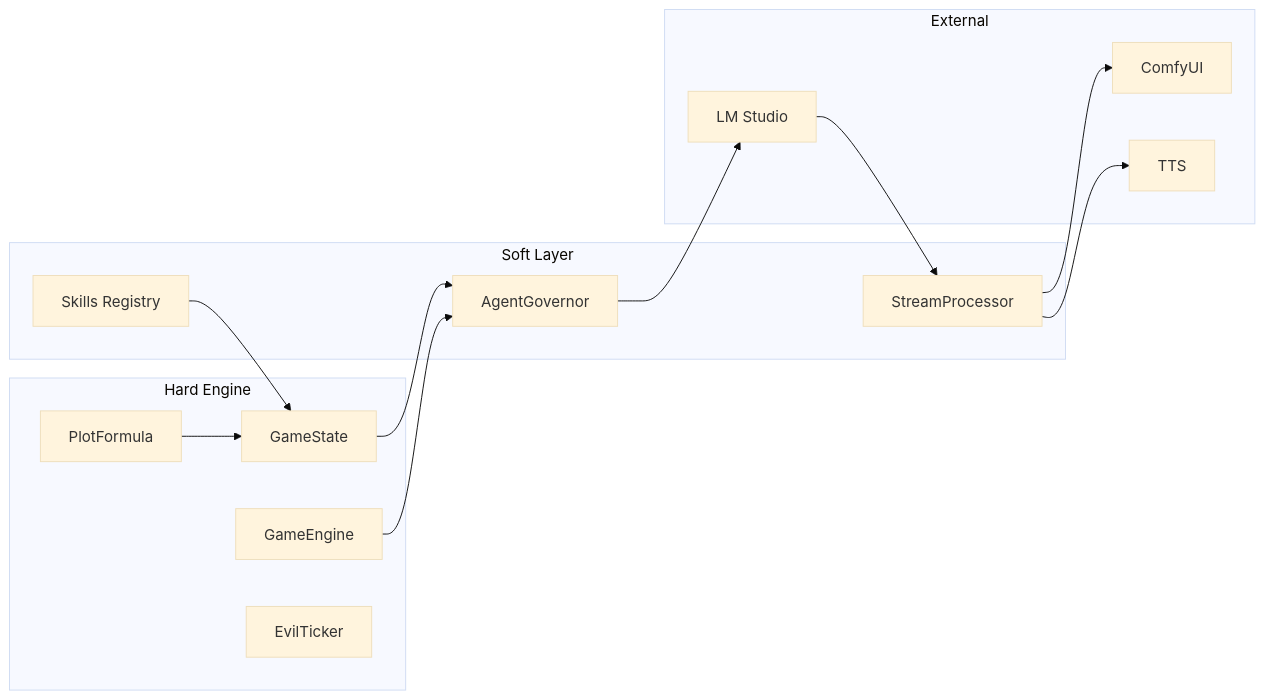
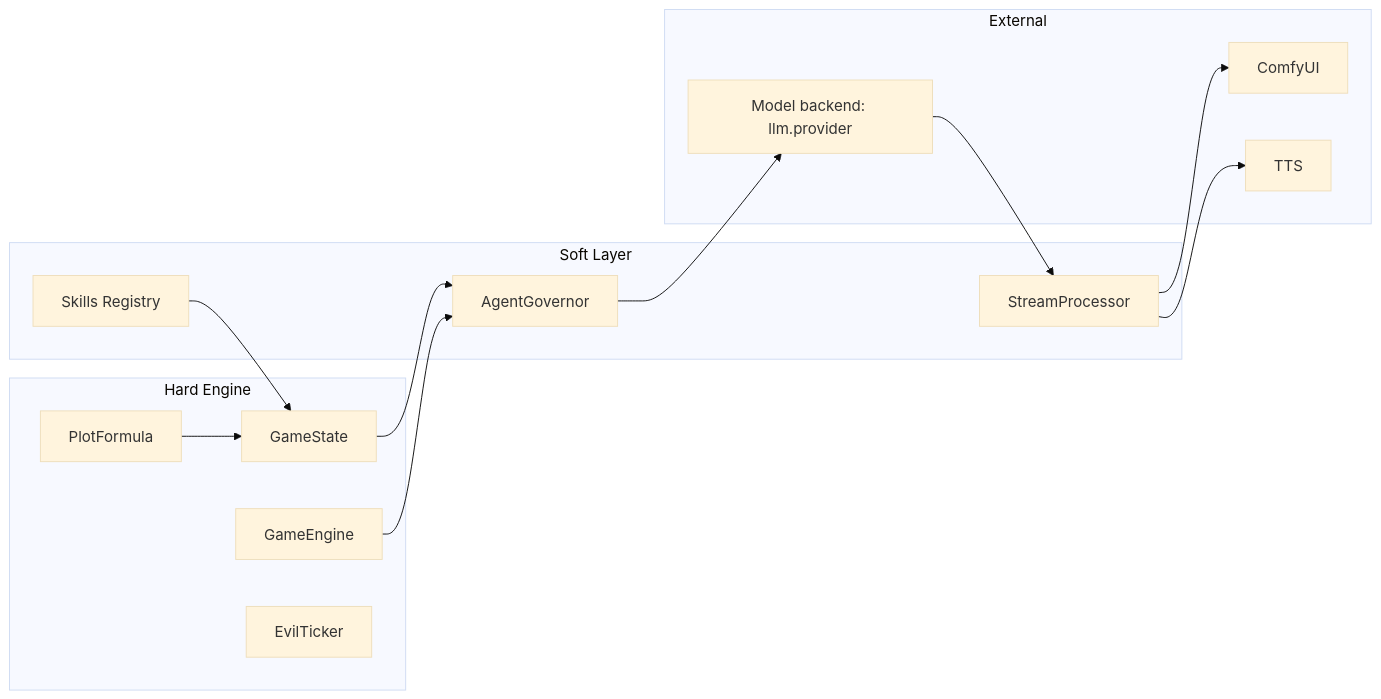
One commit to nihilistau/clockwork-dark changed the second of 2 diagrams in docs/DESIGN.md. Above: the diagram before and after it, drawn with Mermaid (base theme). The commit also changed other lines of this file and 313 other files, not shown here.

````diff
--- a/docs/DESIGN.md
+++ b/docs/DESIGN.md
@@ -847,27 +855,27 @@
 ```mermaid
 flowchart LR
     subgraph hard [Hard Engine]
         GS[GameState]
         GE[GameEngine]
         ET[EvilTicker]
         PF[PlotFormula]
     end
     subgraph soft [Soft Layer]
         AG[AgentGovernor]
         SP[StreamProcessor]
         SK[Skills Registry]
     end
     subgraph ext [External]
-        LMS[LM Studio]
+        LMS[Model backend: llm.provider]
         CU[ComfyUI]
         TTS[TTS]
     end
     GS --> AG
     GE --> AG
     PF --> GS
     AG --> LMS
     LMS --> SP
     SP --> CU
     SP --> TTS
     SK --> GS
 ```
````
